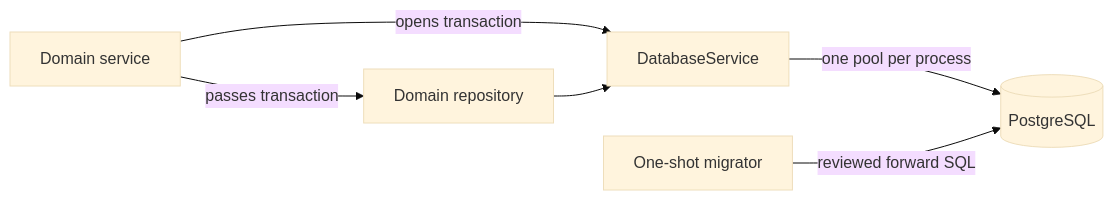
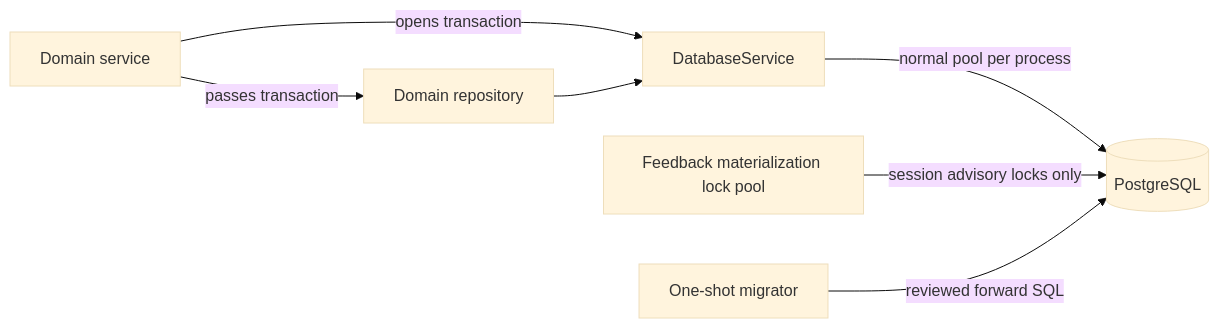
One commit to johnakisk0700/slopform changed the diagram in docs/backend/mechanisms/database.md. Above: the diagram before and after it, drawn with Mermaid (base theme). The commit also changed other lines of this file and 28 other files, not shown here.

````diff
--- a/docs/backend/mechanisms/database.md
+++ b/docs/backend/mechanisms/database.md
@@ -15,8 +16,9 @@
 ```mermaid
 flowchart LR
   Service["Domain service"] -->|"opens transaction"| Database["DatabaseService"]
   Service -->|"passes transaction"| Repository["Domain repository"]
   Repository --> Database
-  Database -->|"one pool per process"| PostgreSQL[(PostgreSQL)]
+  Database -->|"normal pool per process"| PostgreSQL[(PostgreSQL)]
+  FeedbackLock["Feedback materialization lock pool"] -->|"session advisory locks only"| PostgreSQL
   Migrator["One-shot migrator"] -->|"reviewed forward SQL"| PostgreSQL
 ```
````
